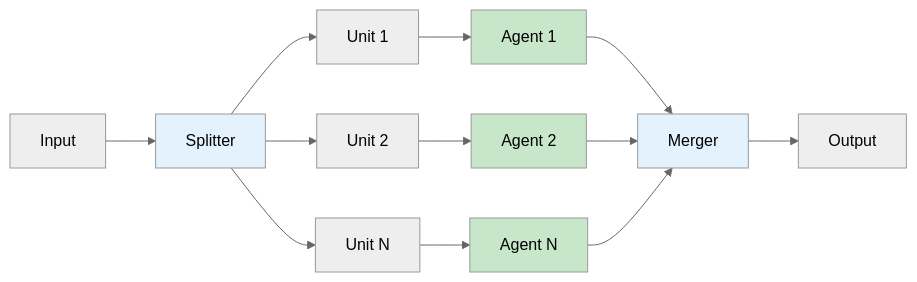
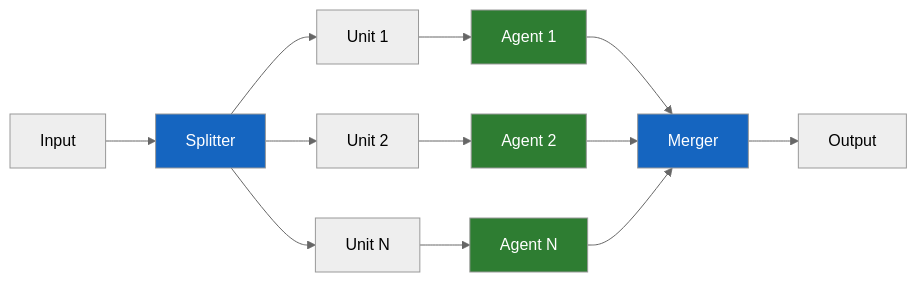
Before and after one commit to rp1-run/rp1: the first of 6 diagrams in docs/concepts/map-reduce-workflows.md, drawn with Mermaid (neutral theme). The commit also changed other lines of this file and 17 other files, not shown here.

````diff
--- a/docs/concepts/map-reduce-workflows.md
+++ b/docs/concepts/map-reduce-workflows.md
@@ -15,23 +15,23 @@
 ```mermaid
 flowchart LR
     Input[Input] --> Split[Splitter]
     Split --> U1[Unit 1]
     Split --> U2[Unit 2]
     Split --> U3[Unit N]
 
     U1 --> P1[Agent 1]
     U2 --> P2[Agent 2]
     U3 --> P3[Agent N]
 
     P1 --> Merge[Merger]
     P2 --> Merge
     P3 --> Merge
 
     Merge --> Output[Output]
 
-    style Split fill:#e3f2fd
-    style Merge fill:#e3f2fd
-    style P1 fill:#c8e6c9
-    style P2 fill:#c8e6c9
-    style P3 fill:#c8e6c9
+    style Split fill:#1565c0,color:#fff
+    style Merge fill:#1565c0,color:#fff
+    style P1 fill:#2e7d32,color:#fff
+    style P2 fill:#2e7d32,color:#fff
+    style P3 fill:#2e7d32,color:#fff
 ```
````
